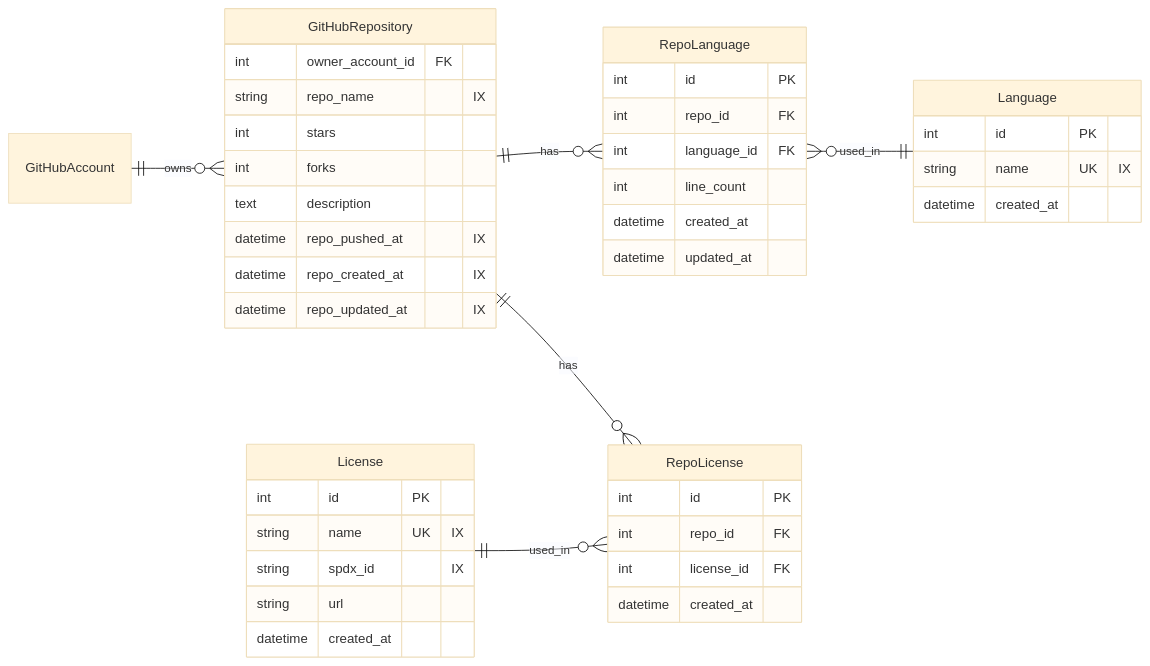
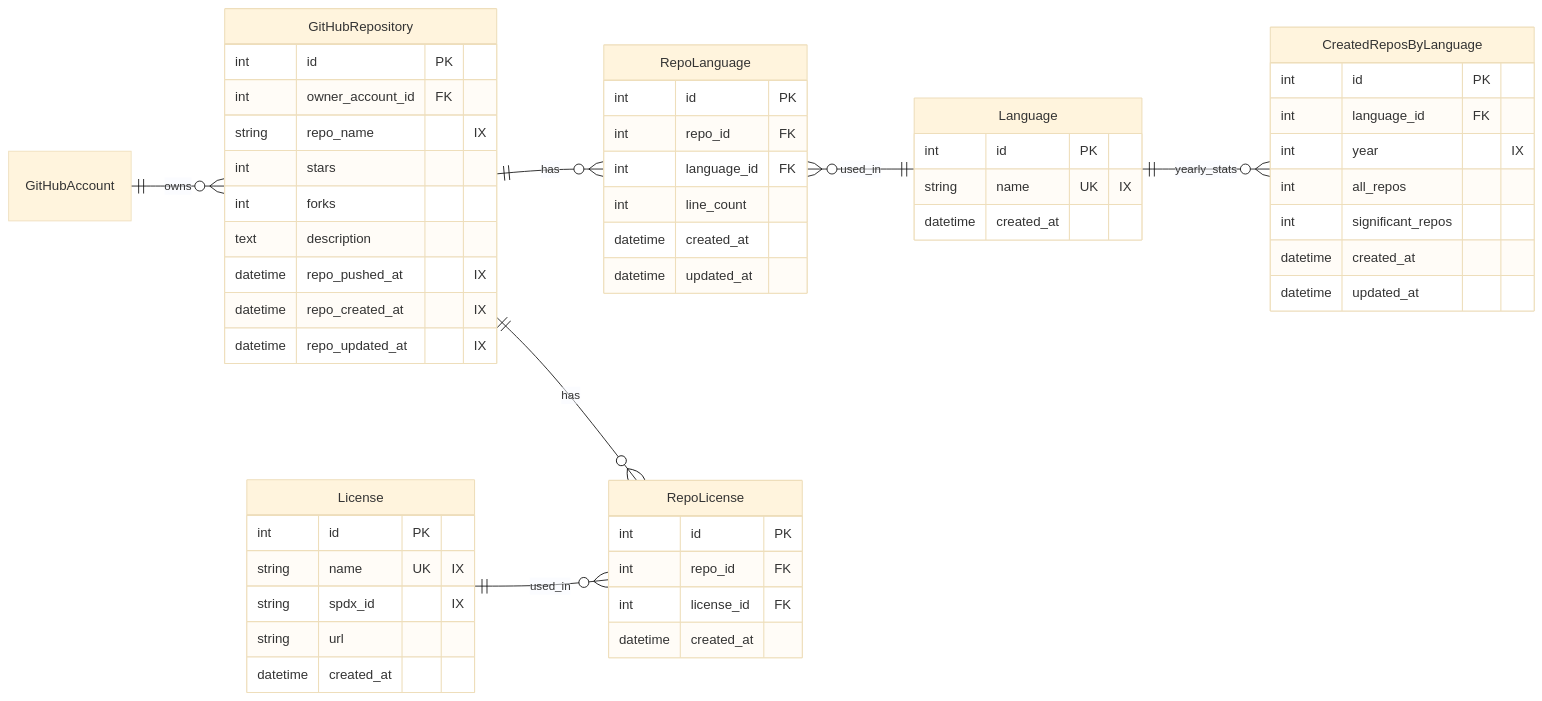
Before and after one commit to cppalliance/boost-data-collector: the second of 12 diagrams in docs/Schema.md, drawn with Mermaid (base theme). The commit also changed other lines of this file and 7 other files, not shown here.

Commit message:
#20-add new command that get repo count by year and language

````diff
--- a/docs/Schema.md
+++ b/docs/Schema.md
@@ -116,50 +116,62 @@
 ```mermaid
 erDiagram
     Direction LR
     GitHubAccount ||--o{ GitHubRepository : "owns"
     GitHubRepository ||--o{ RepoLanguage : "has"
     GitHubRepository ||--o{ RepoLicense : "has"
     RepoLanguage }o--|| Language : "used_in"
+    Language ||--o{ CreatedReposByLanguage : "yearly_stats"
     License ||--o{ RepoLicense : "used_in"
 
     GitHubRepository {
+        int id PK
         int owner_account_id FK
         string repo_name "IX"
         int stars
         int forks
         text description
         datetime repo_pushed_at "IX"
         datetime repo_created_at "IX"
         datetime repo_updated_at "IX"
     }
 
     Language {
         int id PK
         string name UK "IX"
         datetime created_at
     }
 
     License {
         int id PK
         string name UK "IX"
         string spdx_id "IX"
         string url
         datetime created_at
     }
 
     RepoLanguage {
         int id PK
         int repo_id FK
         int language_id FK
         int line_count
         datetime created_at
         datetime updated_at
     }
 
     RepoLicense {
         int id PK
         int repo_id FK
         int license_id FK
         datetime created_at
     }
+
+    CreatedReposByLanguage {
+        int id PK
+        int language_id FK
+        int year "IX"
+        int all_repos
+        int significant_repos
+        datetime created_at
+        datetime updated_at
+    }
 ```
````
